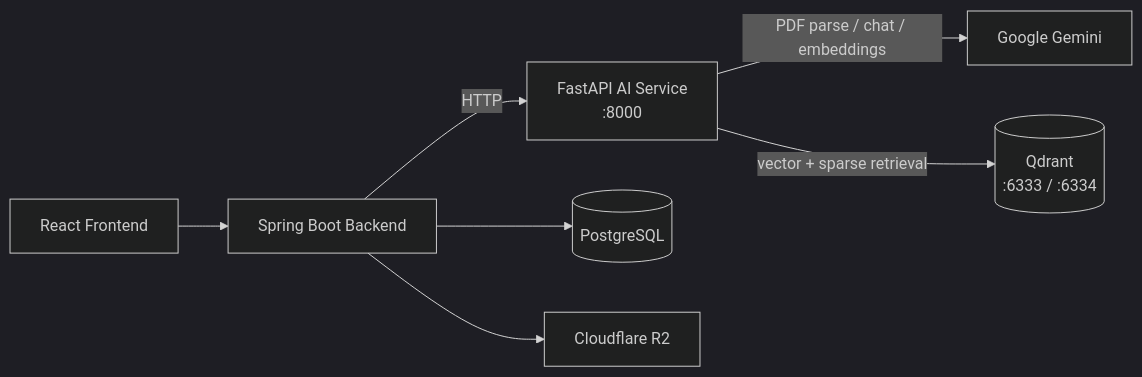
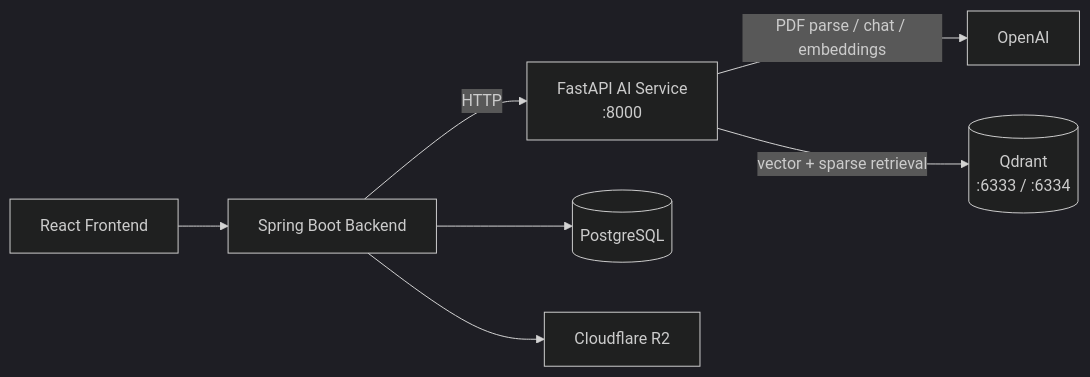
Before and after one commit to NHACTAOHOCBAI/mora-ai: the first of 2 diagrams in README.md, drawn with Mermaid (dark theme). The commit also changed other lines of this file and 15 other files, not shown here.

````diff
--- a/README.md
+++ b/README.md
@@ -7,9 +7,9 @@
 ```mermaid
 flowchart LR
   FE[React Frontend] --> BE[Spring Boot Backend]
   BE -->|HTTP| AI[FastAPI AI Service\n:8000]
-  AI -->|PDF parse / chat / embeddings| G[Google Gemini]
+  AI -->|PDF parse / chat / embeddings| G[OpenAI]
   AI -->|vector + sparse retrieval| Q[(Qdrant\n:6333 / :6334)]
   BE --> PG[(PostgreSQL)]
   BE --> R2[Cloudflare R2]
 ```
````
